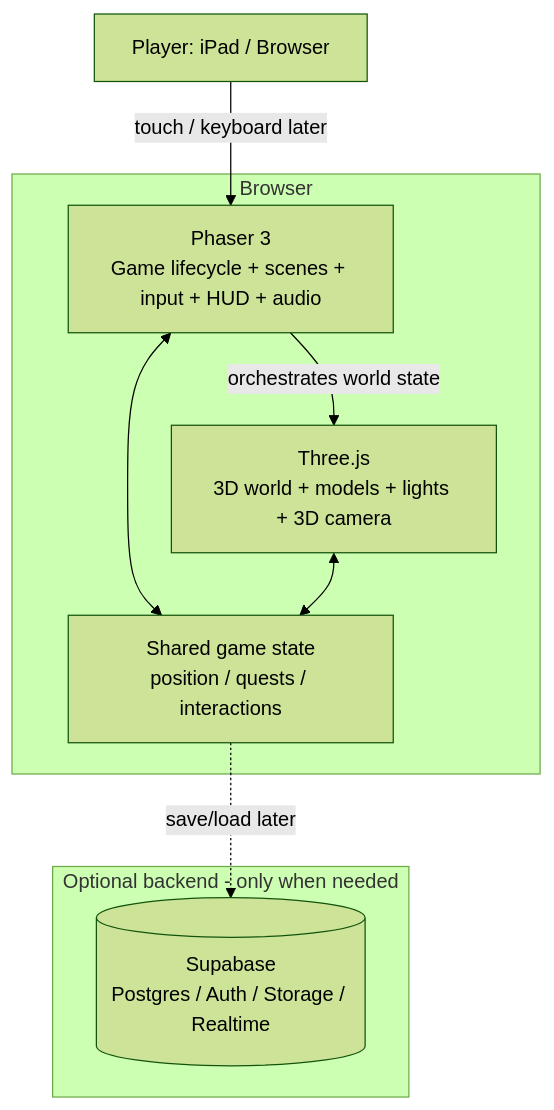
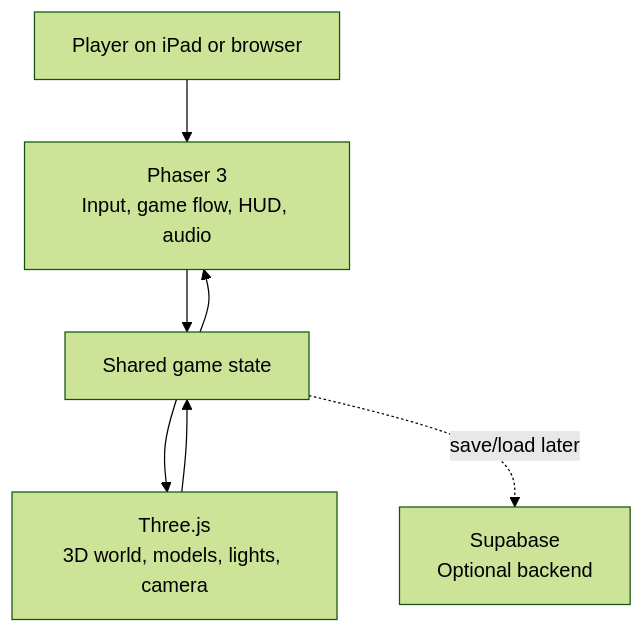
One commit to altairrojas/the-legend-of-comira changed the first of 5 diagrams in README.md. Above: the diagram before and after it, drawn with Mermaid (forest theme). The commit also changed other lines of this file, not shown here.

Commit message:
docs: fix Mermaid rendering and Cova naming

````diff
--- a/README.md
+++ b/README.md
@@ -112,21 +53,9 @@
 ```mermaid
-flowchart TB
-    User[Player: iPad / Browser]
-
-    subgraph Browser[Browser]
-      Phaser[Phaser 3\nGame lifecycle + scenes + input + HUD + audio]
-      Three[Three.js\n3D world + models + lights + 3D camera]
-      Shared[Shared game state\nposition / quests / interactions]
-    end
-
-    User -->|touch / keyboard later| Phaser
-    Phaser <--> Shared
-    Three <--> Shared
-    Phaser -->|orchestrates world state| Three
-
-    subgraph OptionalBackend[Optional backend - only when needed]
-      Supabase[(Supabase\nPostgres / Auth / Storage / Realtime)]
-    end
-
-    Shared -. save/load later .-> Supabase
+graph TD;
+    Player["Player on iPad or browser"] --> Phaser["Phaser 3<br/>Input, game flow, HUD, audio"];
+    Phaser --> State["Shared game state"];
+    State --> Phaser;
+    State --> Three["Three.js<br/>3D world, models, lights, camera"];
+    Three --> State;
+    State -. "save/load later" .-> Supabase["Supabase<br/>Optional backend"];
 ```
````
